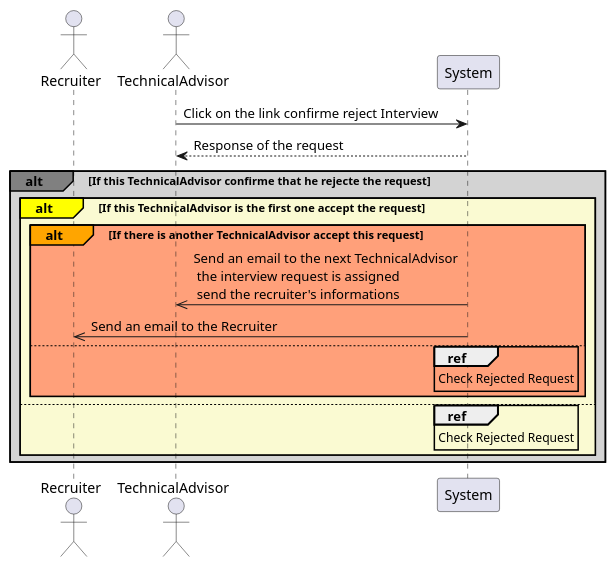
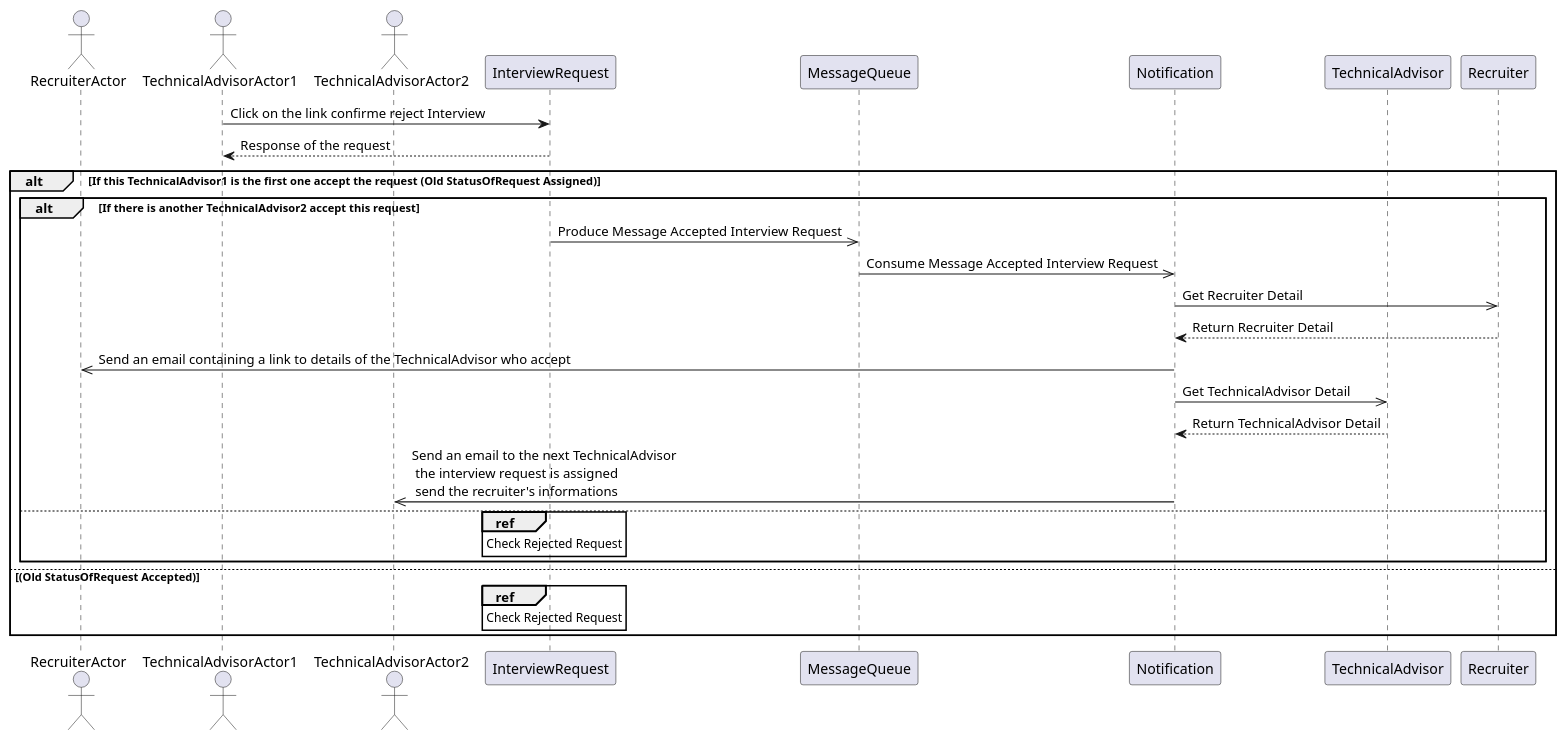
Before and after one commit to iBoukhenna/interview-managment-system: the diagram in documents/3-sequance/6-sequance_diagram_confirme_reject_interview_after_accept.puml, drawn with PlantUML. The commit also changed 42 other files, not shown here.

```diff
--- a/documents/3-sequance/6-sequance_diagram_confirme_reject_interview_after_accept.puml
+++ b/documents/3-sequance/6-sequance_diagram_confirme_reject_interview_after_accept.puml
@@ -1,25 +1,34 @@
 @startuml
-actor Recruiter
-actor TechnicalAdvisor
-participant System
+actor RecruiterActor
+actor TechnicalAdvisorActor1
+actor TechnicalAdvisorActor2
+participant InterviewRequest
+participant MessageQueue
+participant Notification
+participant TechnicalAdvisor
+participant Recruiter
 
-TechnicalAdvisor -> System: Click on the link confirme reject Interview
-System --> TechnicalAdvisor: Response of the request
-alt#Grey #LightGray If this TechnicalAdvisor confirme that he rejecte the request
-    alt#Yellow #LightGoldenRodYellow If this TechnicalAdvisor is the first one accept the request
-        alt#Orange #LightSalmon If there is another TechnicalAdvisor accept this request
-            System ->> TechnicalAdvisor: Send an email to the next TechnicalAdvisor \n the interview request is assigned \n send the recruiter's informations
-            System ->> Recruiter: Send an email to the Recruiter
-        else #LightSalmon
-            ref over System
-                Check Rejected Request
-            end ref
-        end
-    else #LightGoldenRodYellow
-        ref over System
+TechnicalAdvisorActor1 -> InterviewRequest: Click on the link confirme reject Interview
+InterviewRequest --> TechnicalAdvisorActor1: Response of the request
+alt If this TechnicalAdvisor1 is the first one accept the request (Old StatusOfRequest Assigned)
+    alt If there is another TechnicalAdvisor2 accept this request
+        InterviewRequest ->> MessageQueue: Produce Message Accepted Interview Request
+        Notification <<- MessageQueue: Consume Message Accepted Interview Request
+        Notification ->> Recruiter: Get Recruiter Detail
+        Recruiter --> Notification: Return Recruiter Detail
+        Notification ->> RecruiterActor: Send an email containing a link to details of the TechnicalAdvisor who accept
+        Notification ->> TechnicalAdvisor: Get TechnicalAdvisor Detail
+        TechnicalAdvisor --> Notification: Return TechnicalAdvisor Detail
+        Notification ->> TechnicalAdvisorActor2: Send an email to the next TechnicalAdvisor \n the interview request is assigned \n send the recruiter's informations
+    else
+        ref over InterviewRequest
             Check Rejected Request
         end ref
     end
+else (Old StatusOfRequest Accepted)
+    ref over InterviewRequest
+        Check Rejected Request
+    end ref
 end
 
 @enduml
```
